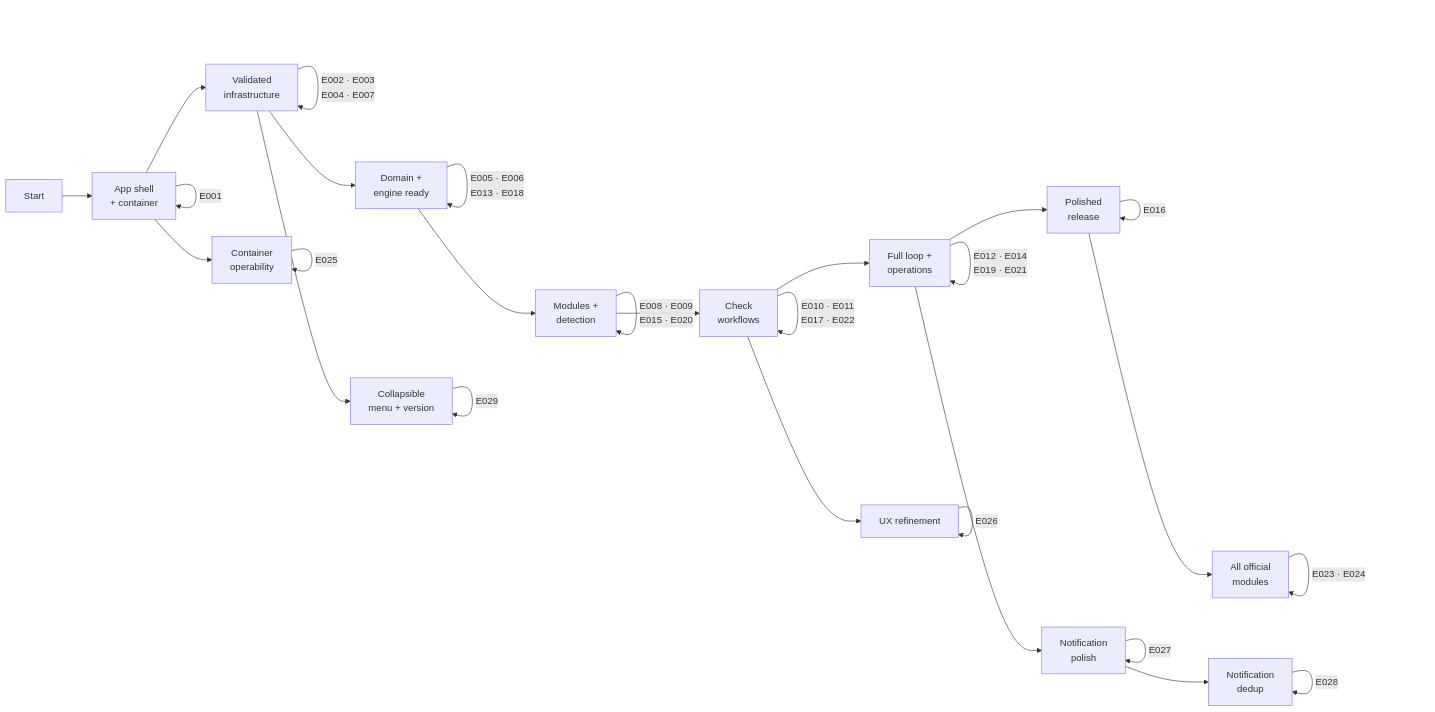
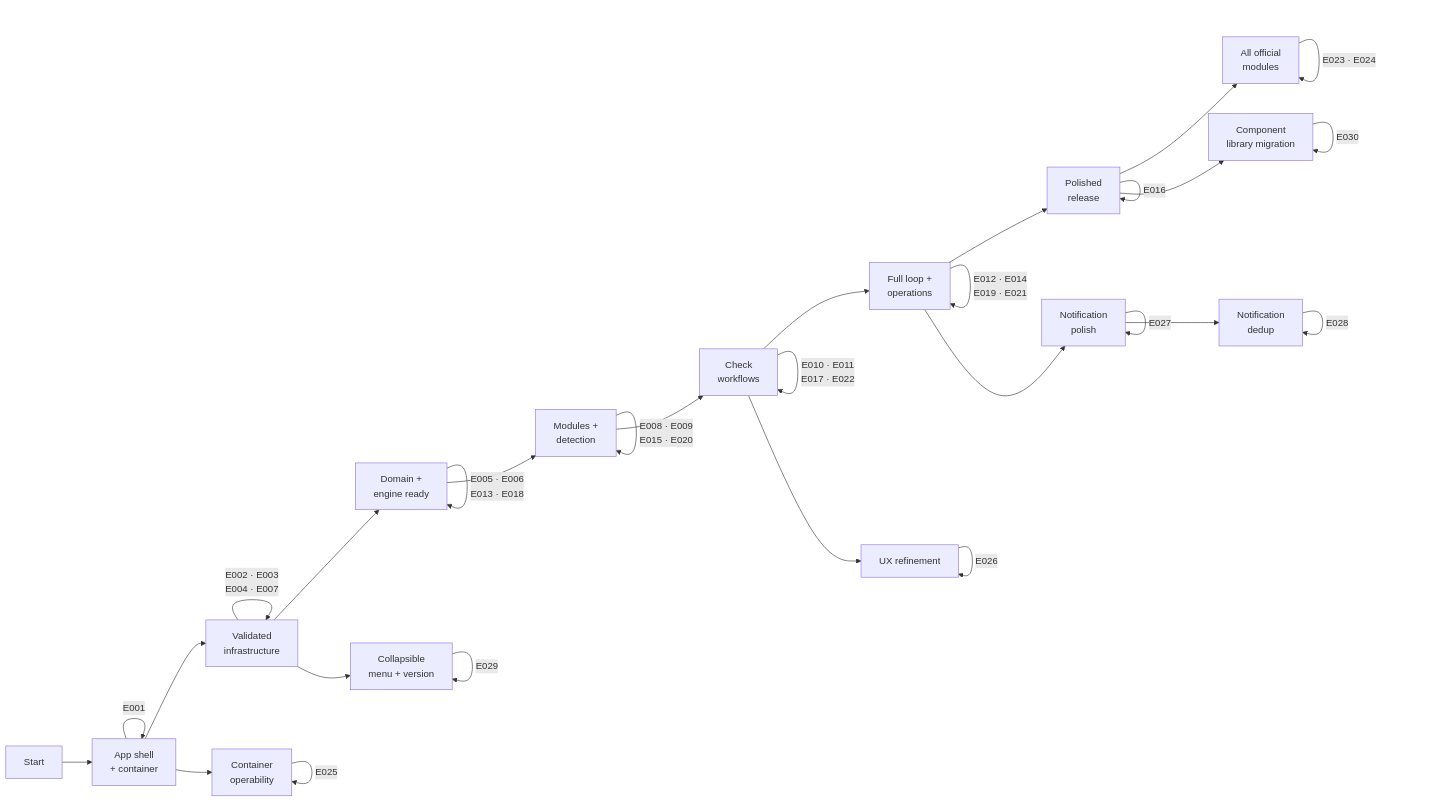
Before and after one commit to attilaszasz/Binocular: the diagram in specs/project-plan.md, drawn with Mermaid. The commit also changed other lines of this file and 135 other files, not shown here.

````diff
--- a/specs/project-plan.md
+++ b/specs/project-plan.md
@@ -116,41 +122,44 @@
 ```mermaid
 graph LR
     START["Start"] --> M1["App shell<br>+ container"]
     M1 -->|E001| M1
 
     M1 --> M2["Validated<br>infrastructure"]
     M2 -->|"E002 · E003<br>E004 · E007"| M2
 
     M2 --> M3["Domain +<br>engine ready"]
     M3 -->|"E005 · E006<br>E013 · E018"| M3
 
     M3 --> M4["Modules +<br>detection"]
     M4 -->|"E008 · E009<br>E015 · E020"| M4
 
     M4 --> M5["Check<br>workflows"]
     M5 -->|"E010 · E011<br>E017 · E022"| M5
 
     M5 --> M6["Full loop +<br>operations"]
     M6 -->|"E012 · E014<br>E019 · E021"| M6
 
     M6 --> M7["Polished<br>release"]
     M7 -->|E016| M7
 
     M7 --> M8["All official<br>modules"]
     M8 -->|"E023 · E024"| M8
 
     M1 --> M9["Container<br>operability"]
     M9 -->|E025| M9
 
     M5 --> M10["UX refinement"]
     M10 -->|"E026"| M10
 
     M6 --> M11["Notification<br>polish"]
     M11 -->|"E027"| M11
 
     M11 --> M12["Notification<br>dedup"]
     M12 -->|"E028"| M12
 
     M2 --> M13["Collapsible<br>menu + version"]
     M13 -->|"E029"| M13
+
+    M7 --> M14["Component<br>library migration"]
+    M14 -->|"E030"| M14
 ```
````
